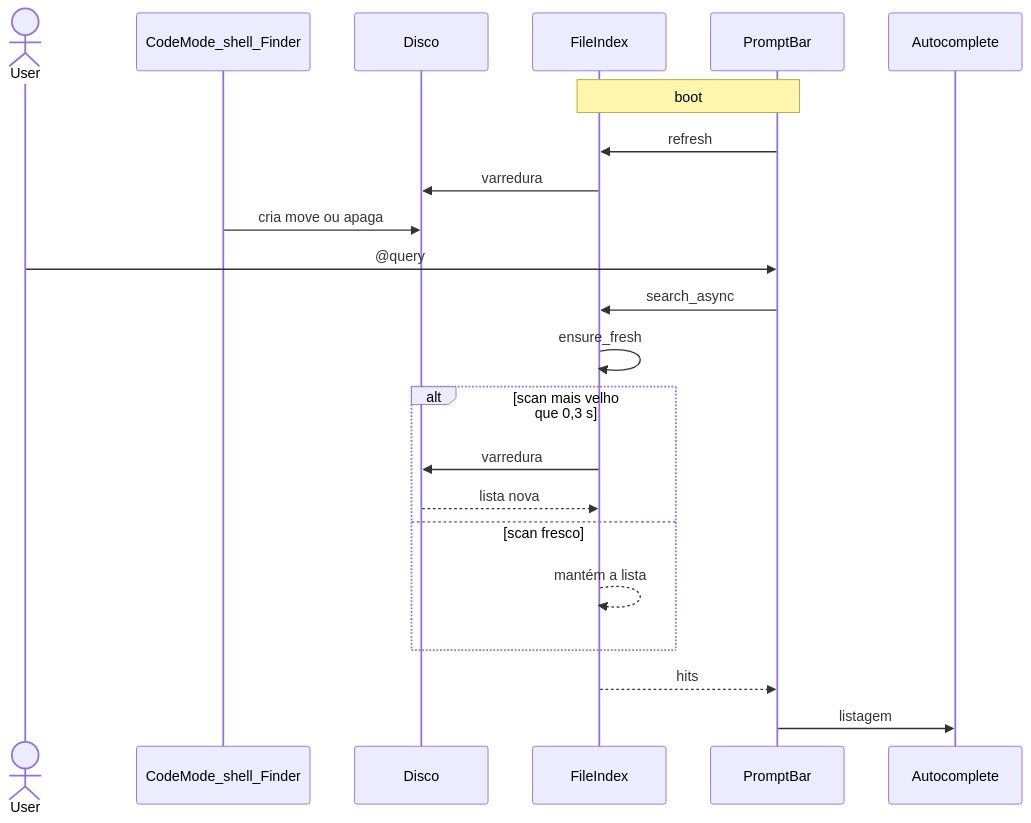
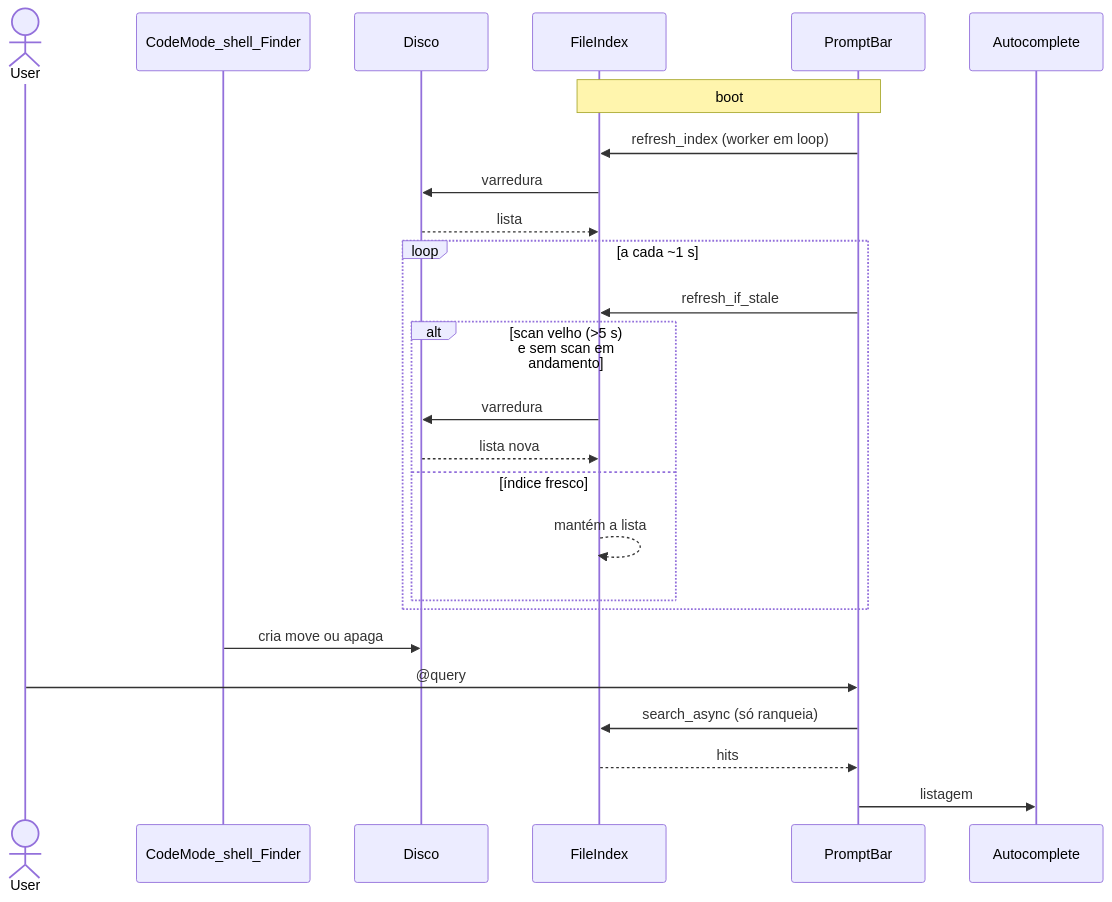
One commit to nicolasmmb/b3code changed the third of 5 diagrams in README.md. Above: the diagram before and after it, drawn with Mermaid. The commit also changed other lines of this file and 8 other files, not shown here.

First line of the commit message:
fix(@): autocomplete em repos grandes — sem re-scan por tecla, fuzzy com gate e fallback

````diff
--- a/README.md
+++ b/README.md
@@ -386,26 +393,30 @@
 ```mermaid
 sequenceDiagram
   actor User
   participant Writer as CodeMode_shell_Finder
   participant Disk as Disco
   participant Idx as FileIndex
   participant Bar as PromptBar
   participant Ac as Autocomplete
 
   Note over Bar,Idx: boot
-  Bar->>Idx: refresh
+  Bar->>Idx: refresh_index (worker em loop)
   Idx->>Disk: varredura
+  Disk-->>Idx: lista
+
+  loop a cada ~1 s
+    Bar->>Idx: refresh_if_stale
+    alt scan velho (>5 s) e sem scan em andamento
+      Idx->>Disk: varredura
+      Disk-->>Idx: lista nova
+    else índice fresco
+      Idx-->>Idx: mantém a lista
+    end
+  end
 
   Writer->>Disk: cria move ou apaga
   User->>Bar: @query
-  Bar->>Idx: search_async
-  Idx->>Idx: ensure_fresh
-  alt scan mais velho que 0,3 s
-    Idx->>Disk: varredura
-    Disk-->>Idx: lista nova
-  else scan fresco
-    Idx-->>Idx: mantém a lista
-  end
+  Bar->>Idx: search_async (só ranqueia)
   Idx-->>Bar: hits
   Bar->>Ac: listagem
 ```
````
